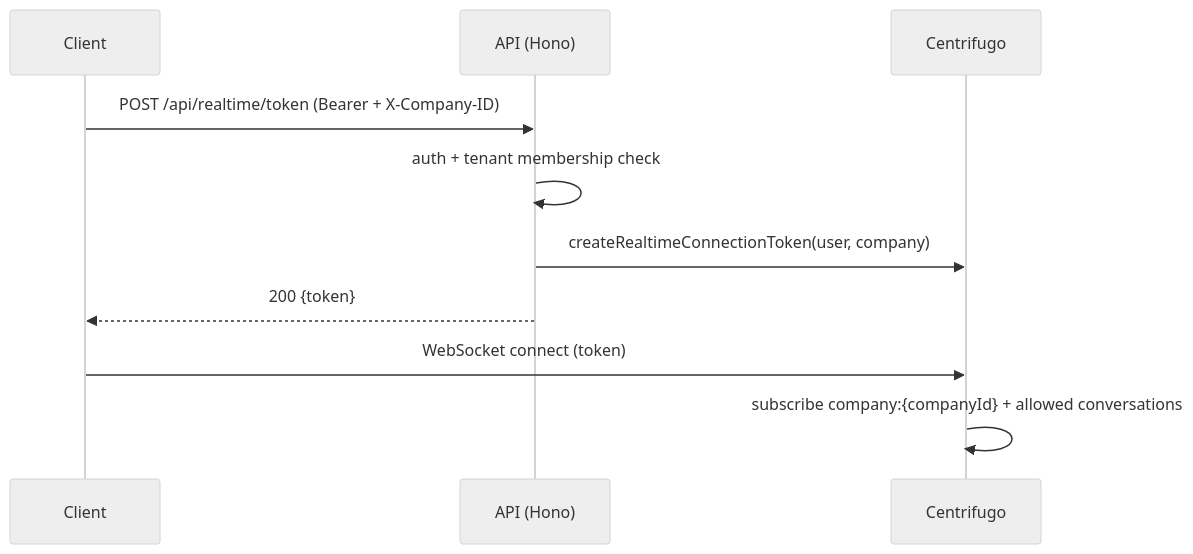
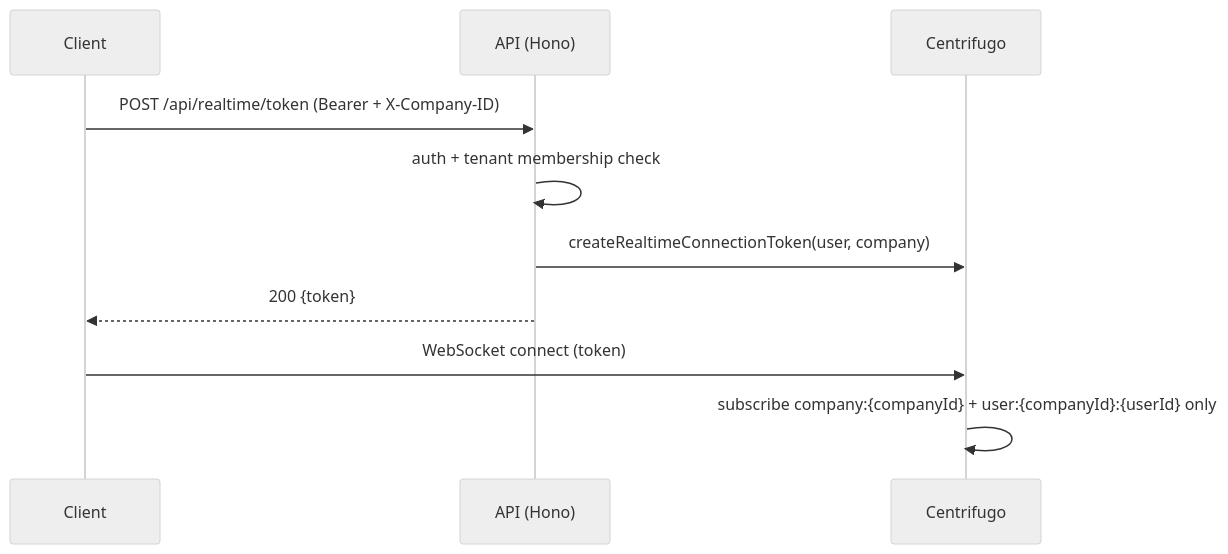
The diagram in docs/apis/realtime.md (ygncode/wateaminbox), drawn with Mermaid (neutral theme) before and after one commit. The commit also changed other lines of this file and 27 other files, not shown here.

````diff
--- a/docs/apis/realtime.md
+++ b/docs/apis/realtime.md
@@ -19,12 +19,12 @@
 ```mermaid
 sequenceDiagram
     participant C as Client
     participant A as API (Hono)
     participant CF as Centrifugo
     C->>A: POST /api/realtime/token (Bearer + X-Company-ID)
     A->>A: auth + tenant membership check
     A->>CF: createRealtimeConnectionToken(user, company)
     A-->>C: 200 {token}
     C->>CF: WebSocket connect (token)
-    CF->>CF: subscribe company:{companyId} + allowed conversations
+    CF->>CF: subscribe company:{companyId} + user:{companyId}:{userId} only
 ```
````
